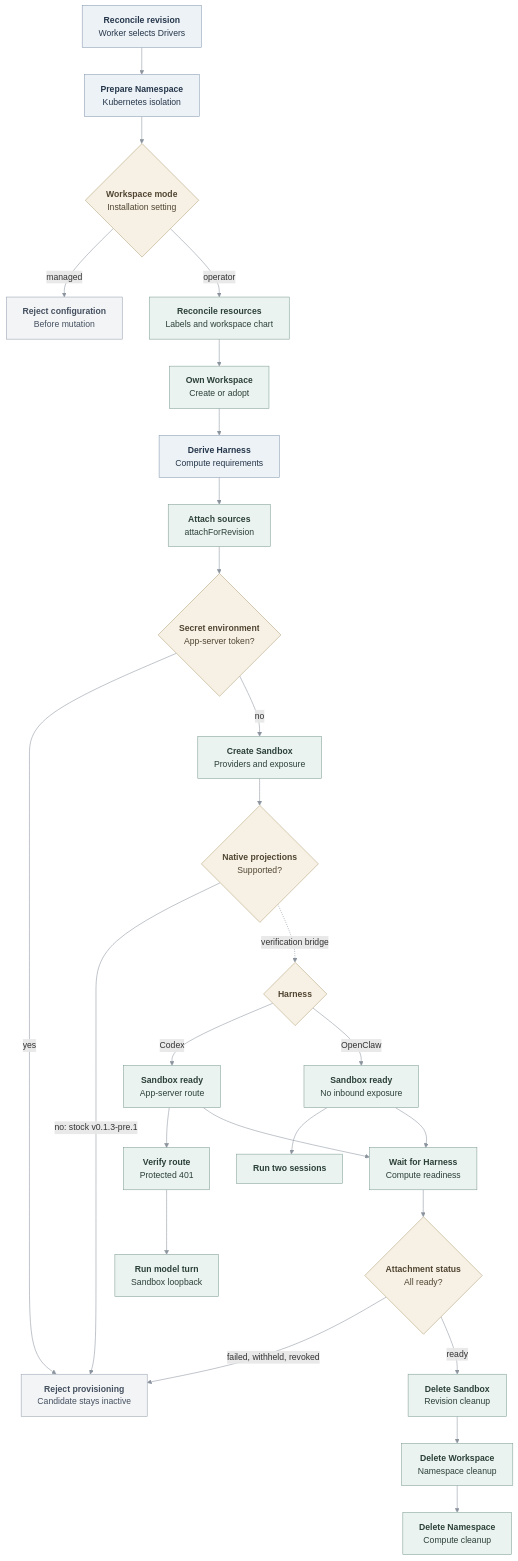
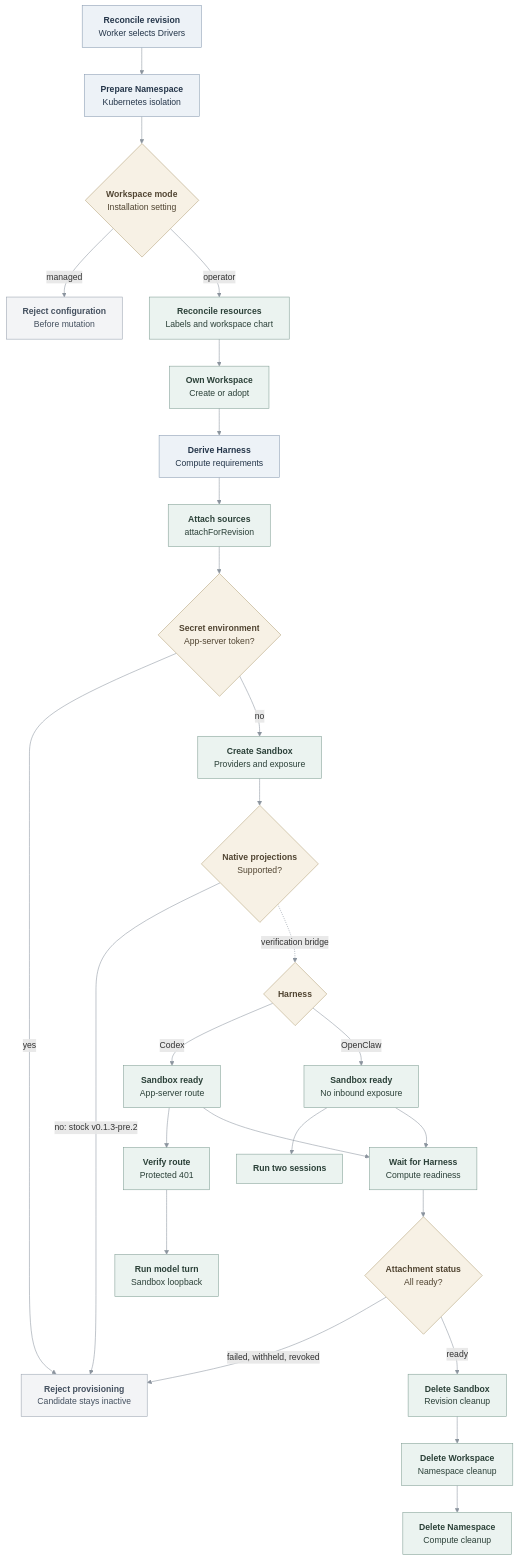
Before and after one commit to IsaiahStapleton/openclaw-enterprise: the diagram in docs/flows/openshell-sandbox-provisioning.md, drawn with Mermaid. The commit also changed other lines of this file and 18 other files, not shown here.

````diff
--- a/docs/flows/openshell-sandbox-provisioning.md
+++ b/docs/flows/openshell-sandbox-provisioning.md
@@ -47,38 +47,38 @@
 ```mermaid
 graph TD
   A["<b>Reconcile revision</b><br/>Worker selects Drivers"] --> B["<b>Prepare Namespace</b><br/>Kubernetes isolation"]
   B --> C{"<b>Workspace mode</b><br/>Installation setting"}
   C -- "managed" --> X["<b>Reject configuration</b><br/>Before mutation"]
   C -- "operator" --> D["<b>Reconcile resources</b><br/>Labels and workspace chart"]
   D --> E["<b>Own Workspace</b><br/>Create or adopt"]
   E --> F["<b>Derive Harness</b><br/>Compute requirements"]
   F --> Q["<b>Attach sources</b><br/>attachForRevision"]
   Q --> G{"<b>Secret environment</b><br/>App-server token?"}
   G -- "yes" --> R["<b>Reject provisioning</b><br/>Candidate stays inactive"]
   G -- "no" --> H["<b>Create Sandbox</b><br/>Providers and exposure"]
   H --> I{"<b>Native projections</b><br/>Supported?"}
-  I -- "no: stock v0.1.3-pre.1" --> R
+  I -- "no: stock v0.1.3-pre.2" --> R
   I -. "verification bridge" .-> V{"<b>Harness</b>"}
   V -- "Codex" --> J["<b>Sandbox ready</b><br/>App-server route"]
   J --> K["<b>Verify route</b><br/>Protected 401"]
   K --> L["<b>Run model turn</b><br/>Sandbox loopback"]
   V -- "OpenClaw" --> T["<b>Sandbox ready</b><br/>No inbound exposure"]
   T --> U["<b>Run two sessions</b>"]
   J --> M["<b>Wait for Harness</b><br/>Compute readiness"]
   M --> S{"<b>Attachment status</b><br/>All ready?"}
   S -- "failed, withheld, revoked" --> R
   S -- "ready" --> N["<b>Delete Sandbox</b><br/>Revision cleanup"]
   T --> M
   N --> O["<b>Delete Workspace</b><br/>Namespace cleanup"]
   O --> P["<b>Delete Namespace</b><br/>Compute cleanup"]
 
   classDef state fill:#EDF2F7,stroke:#879AB0,color:#25364A,stroke-width:1px
   classDef operation fill:#EBF3F0,stroke:#7F9D93,color:#2B4038,stroke-width:1px
   classDef gate fill:#F7F1E5,stroke:#B3A078,color:#514532,stroke-width:1px
   classDef blocked fill:#F3F4F6,stroke:#98A2AE,color:#44505F,stroke-width:1px
   class A,B,F state
   class D,E,Q,H,J,K,L,M,N,O,P,T,U operation
   class C,G,I,S,V gate
   class X,R blocked
   linkStyle default stroke:#8B949E,stroke-width:1px
 ```
````
